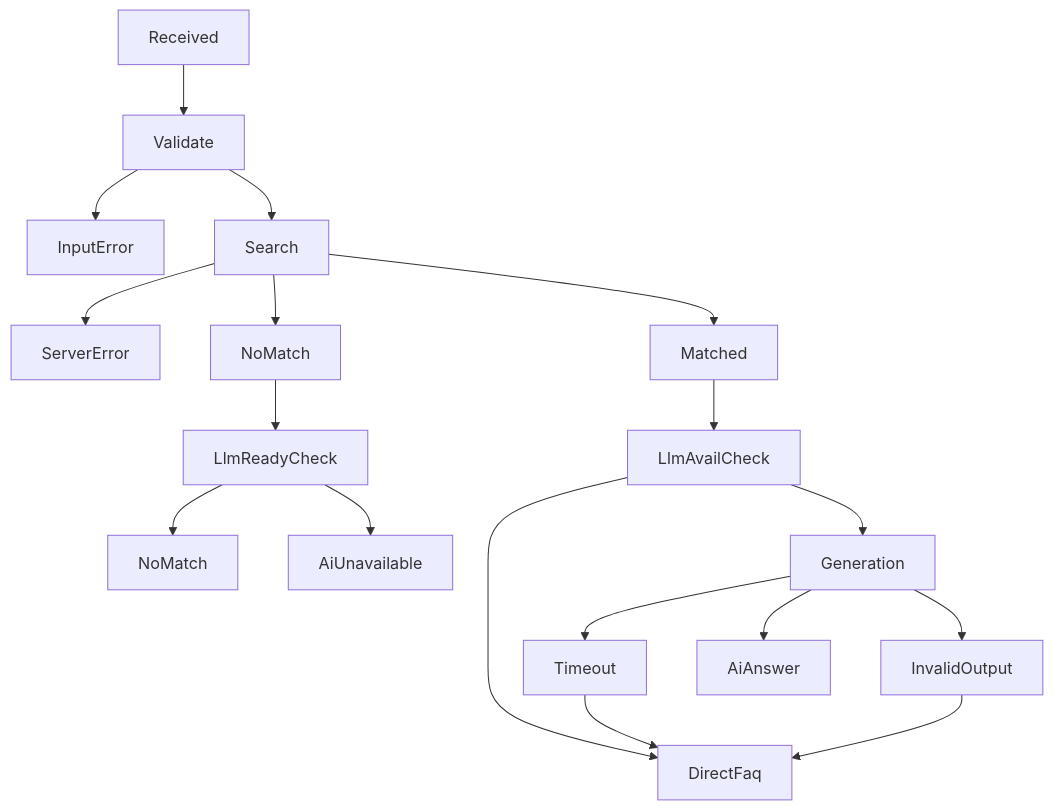
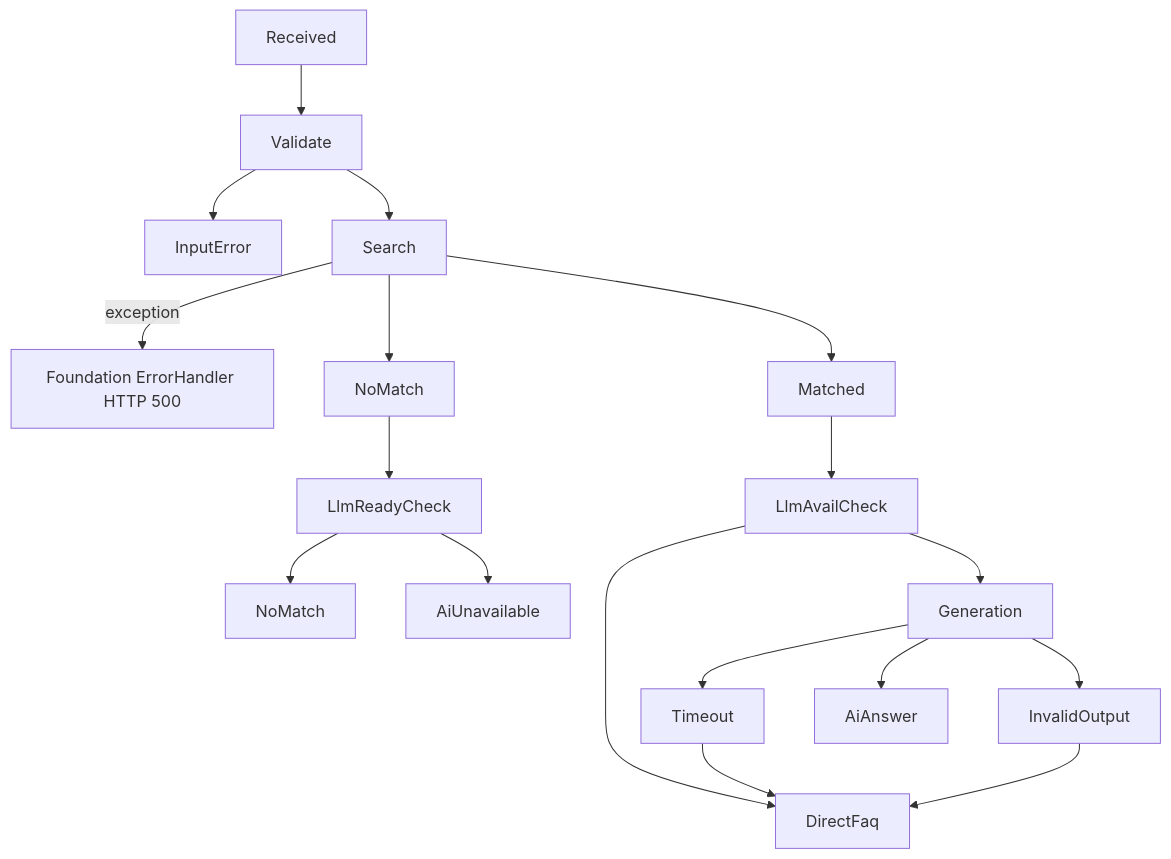
One commit to iwamuratakashi/cc-sdd-workshop-team7-helpo changed the third of 4 diagrams in .kiro/specs/ai-helpdesk-chat/design.md. Above: the diagram before and after it, drawn with Mermaid. The commit also changed other lines of this file and 8 other files, not shown here.

````diff
--- a/.kiro/specs/ai-helpdesk-chat/design.md
+++ b/.kiro/specs/ai-helpdesk-chat/design.md
@@ -195,20 +196,20 @@
 ```mermaid
 flowchart TD
     Received --> Validate
     Validate --> InputError
     Validate --> Search
-    Search --> ServerError
+    Search -->|exception| ErrorHandler[Foundation ErrorHandler HTTP 500]
     Search --> NoMatch
     Search --> Matched
     NoMatch --> LlmReadyCheck
     LlmReadyCheck --> NoMatchStatus[NoMatch]
     LlmReadyCheck --> AiUnavailable
     Matched --> LlmAvailCheck
     LlmAvailCheck --> DirectFaq
     LlmAvailCheck --> Generation
     Generation --> Timeout
     Timeout --> DirectFaq
     Generation --> InvalidOutput
     InvalidOutput --> DirectFaq
     Generation --> AiAnswer
 ```
````
